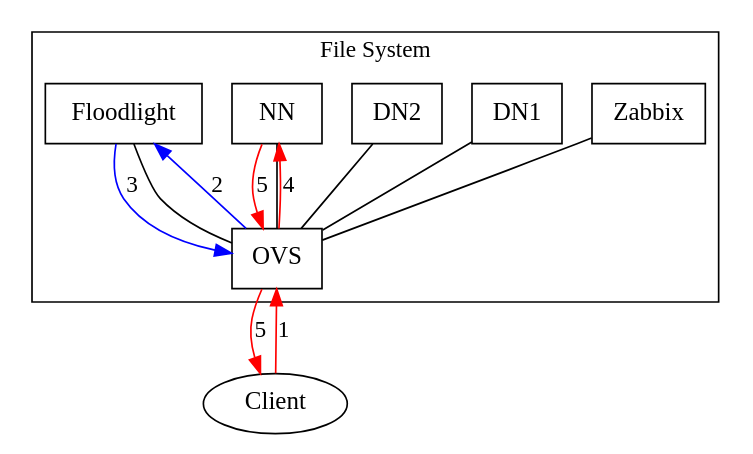
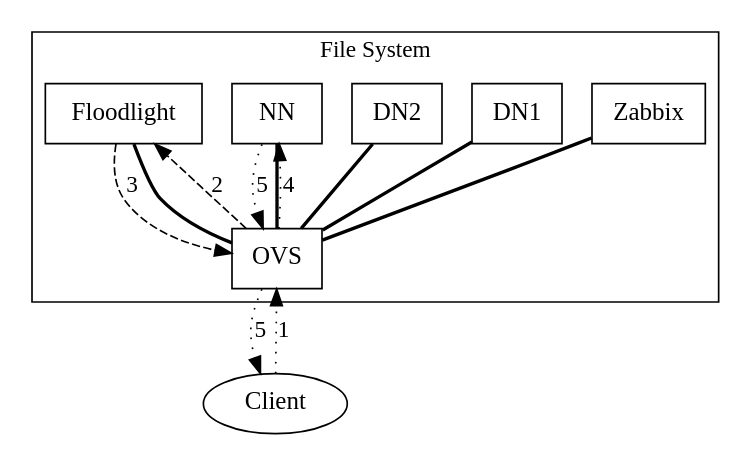
Before and after one commit to gertimon/cit-msc-ss14: the diagram in Ausarbeitung/dot/connectionToNamenode.dot, drawn with Graphviz. The commit also changed 9 other files, not shown here.

```diff
--- a/Ausarbeitung/dot/connectionToNamenode.dot
+++ b/Ausarbeitung/dot/connectionToNamenode.dot
@@ -1,40 +1,40 @@
 digraph{
 
     subgraph cluster_0 {
         node[fontsize=15, shape = box];
           {rank = same; Zabbix; DN1; DN2; NN; Floodlight}
-        edge [dir=none]
+        edge [dir=none, style =bold]
         OVS;
         Zabbix;
         DN1;
         DN2;
         NN;
         Floodlight;
         OVS -> Zabbix;
         OVS -> DN1
         OVS -> DN2
         OVS -> NN
         OVS -> Floodlight
         label = "File System"
     }
 
      subgraph connection1 {
         node[fontsize=15];
         Client;
-        edge [color=blue]
+        edge [style=dashed]
         
         OVS -> Floodlight [label= "2"]
         Floodlight ->OVS [label = "3"]
         
     }
 
      subgraph connection2 {
-        edge [color=red]
+        edge [style=dotted]
         Client -> OVS  [label= "1"]
         OVS -> NN [label = "4"]
         OVS -> Client [label= "5"]
         NN -> OVS  [label = "5"]
     }
    
 
 }
```
